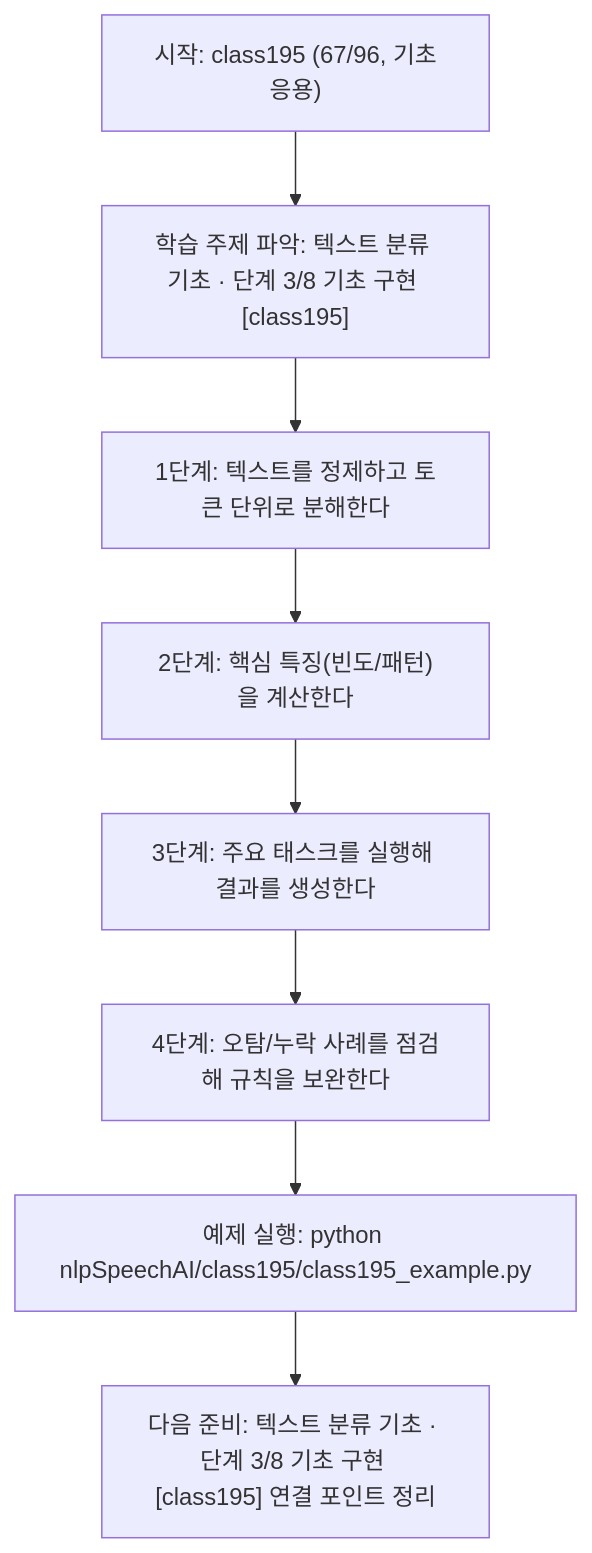
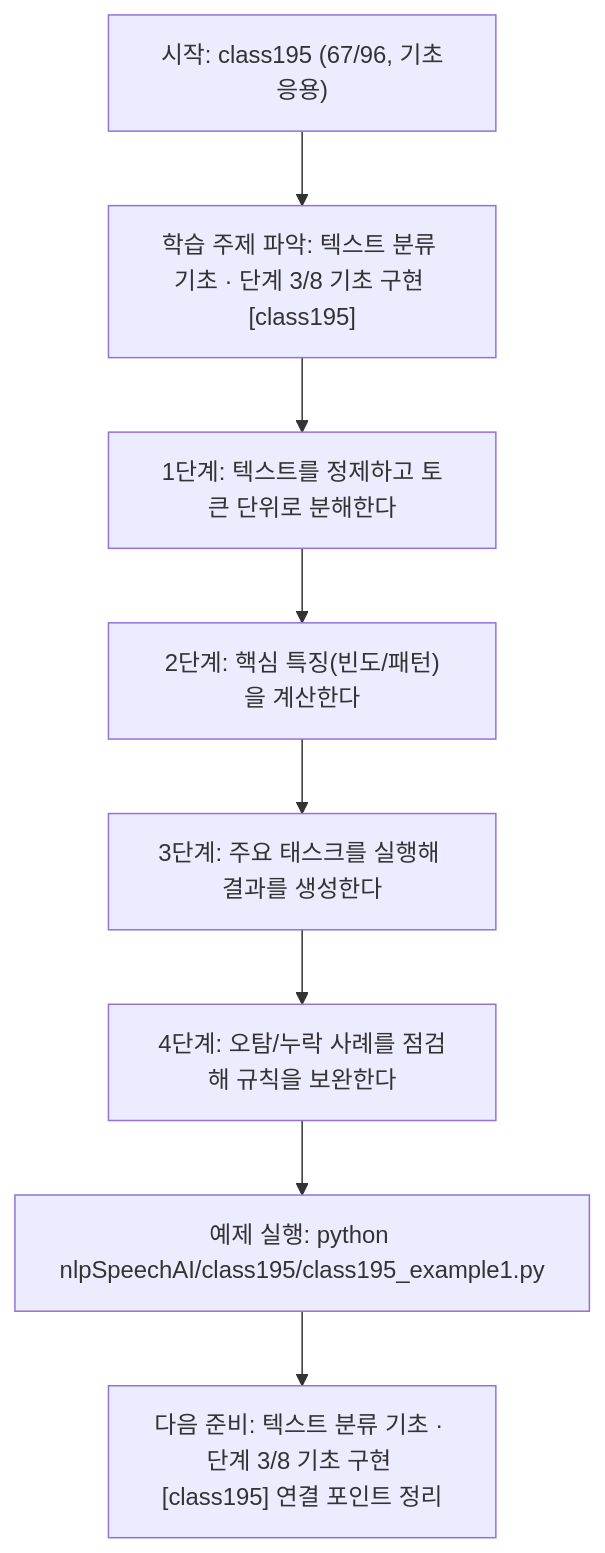
Before and after one commit to edumgt/Python-AI_Agent-Class: the diagram in nlpSpeechAI/class195/class195.md, drawn with Mermaid. The commit also changed other lines of this file and 2959 other files, not shown here.

````diff
--- a/nlpSpeechAI/class195/class195.md
+++ b/nlpSpeechAI/class195/class195.md
@@ -114,18 +114,18 @@
 ```mermaid
 flowchart TD
 N1["시작: class195 (67/96, 기초응용)"]
 N2["학습 주제 파악: 텍스트 분류 기초 · 단계 3/8 기초 구현 [class195]"]
 N3["1단계: 텍스트를 정제하고 토큰 단위로 분해한다"]
 N4["2단계: 핵심 특징(빈도/패턴)을 계산한다"]
 N5["3단계: 주요 태스크를 실행해 결과를 생성한다"]
 N6["4단계: 오탐/누락 사례를 점검해 규칙을 보완한다"]
-N7["예제 실행: python nlpSpeechAI/class195/class195_example.py"]
+N7["예제 실행: python nlpSpeechAI/class195/class195_example1.py"]
 N8["다음 준비: 텍스트 분류 기초 · 단계 3/8 기초 구현 [class195] 연결 포인트 정리"]
 N1 --> N2
 N2 --> N3
 N3 --> N4
 N4 --> N5
 N5 --> N6
 N6 --> N7
 N7 --> N8
 ```
````
